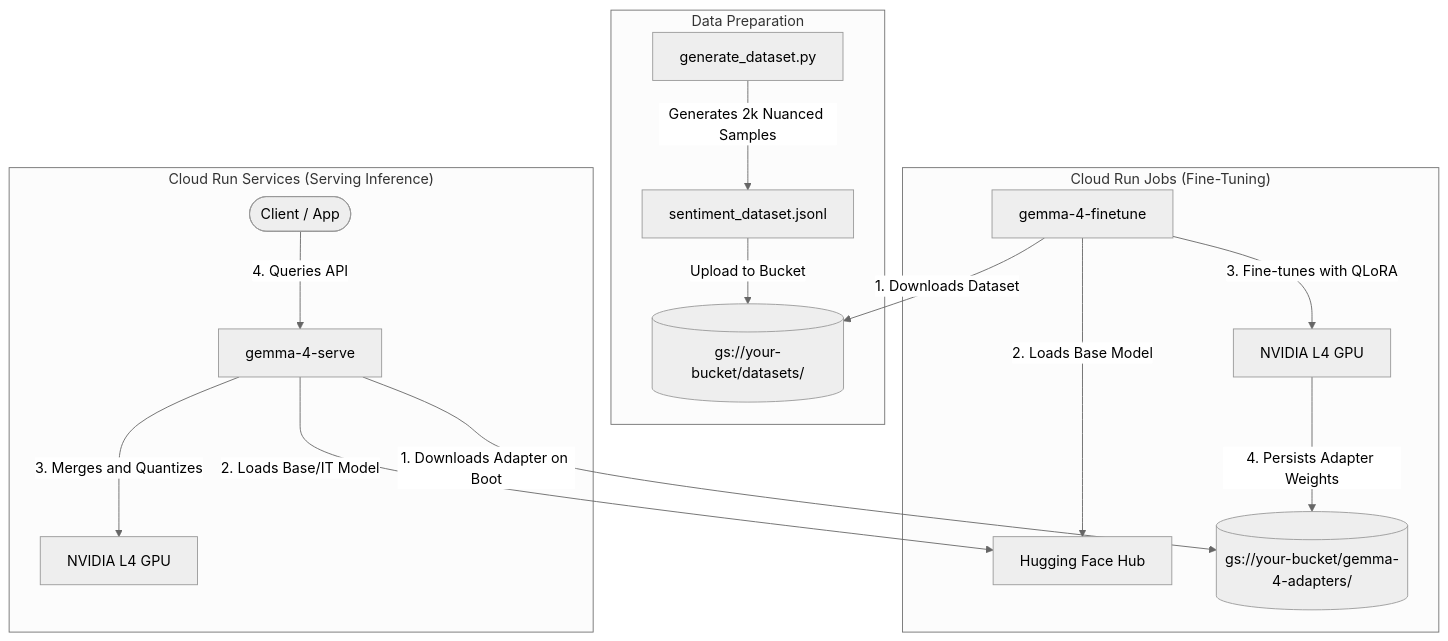
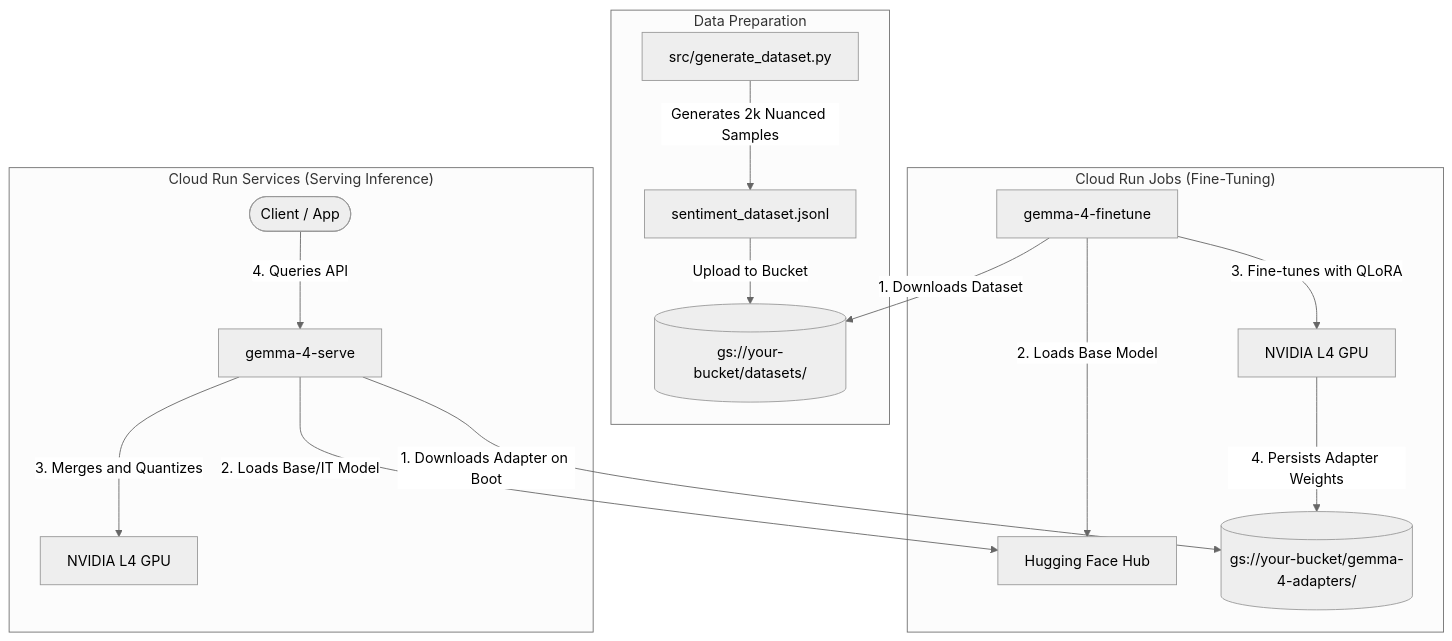
The diagram in README.md (ksprashu/gemma4-finetuning-cloudrun), drawn with Mermaid (neutral theme) before and after one commit. The commit also changed other lines of this file and 19 other files, not shown here.

````diff
--- a/README.md
+++ b/README.md
@@ -126,21 +149,21 @@
 ```mermaid
 flowchart TD
     subgraph "Data Preparation"
-        Gen[generate_dataset.py] -->|Generates 2k Nuanced Samples| LocalDS[sentiment_dataset.jsonl]
+        Gen[src/generate_dataset.py] -->|Generates 2k Nuanced Samples| LocalDS[sentiment_dataset.jsonl]
         LocalDS -->|Upload to Bucket| GCS_DS[(gs://your-bucket/datasets/)]
     end
     
     subgraph "Cloud Run Jobs (Fine-Tuning)"
         Job[gemma-4-finetune] -->|1. Downloads Dataset| GCS_DS
         Job -->|2. Loads Base Model| HF[Hugging Face Hub]
         Job -->|3. Fine-tunes with QLoRA| L4_GPU_Train[NVIDIA L4 GPU]
         L4_GPU_Train -->|4. Persists Adapter Weights| GCS_Model[(gs://your-bucket/gemma-4-adapters/)]
     end
     
     subgraph "Cloud Run Services (Serving Inference)"
         Service[gemma-4-serve] -->|1. Downloads Adapter on Boot| GCS_Model
         Service -->|2. Loads Base/IT Model| HF
         Service -->|3. Merges and Quantizes| L4_GPU_Serve[NVIDIA L4 GPU]
         User([Client / App]) -->|4. Queries API| Service
     end
 ```
````
